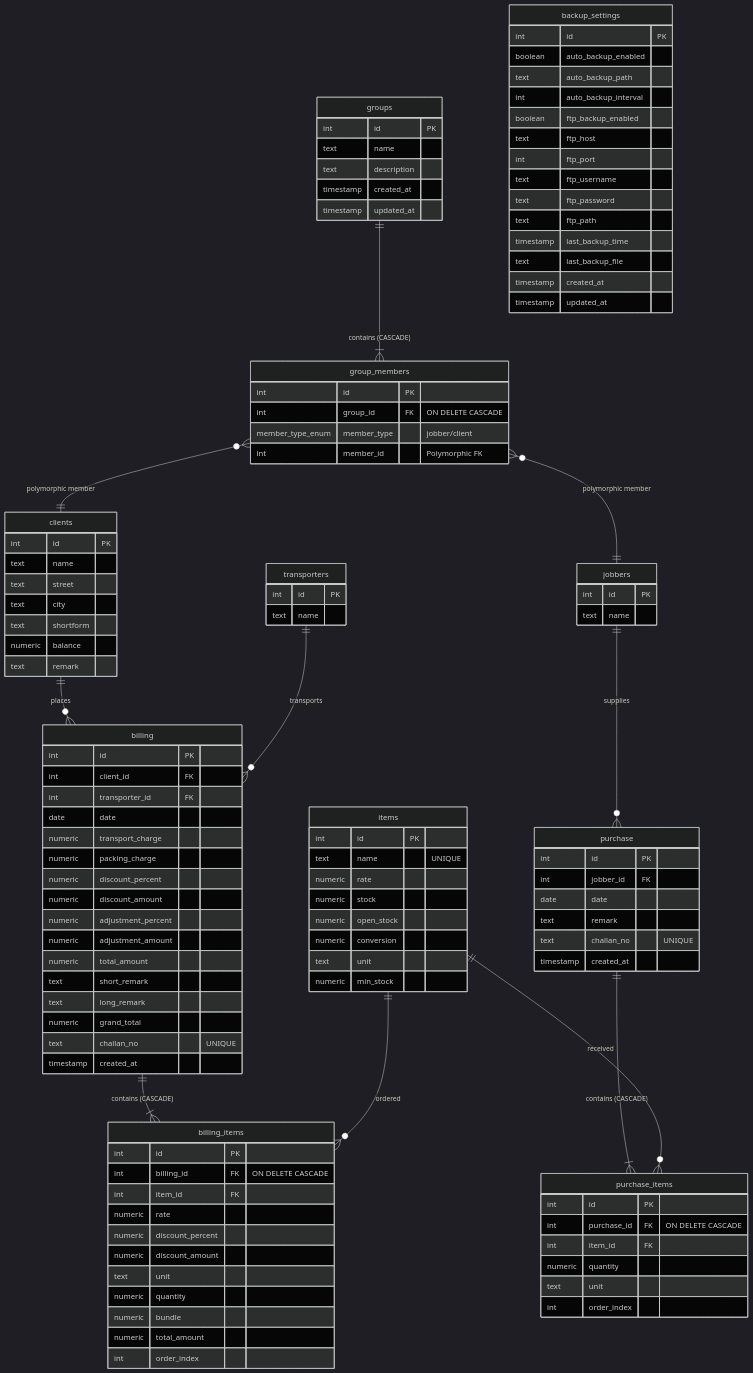
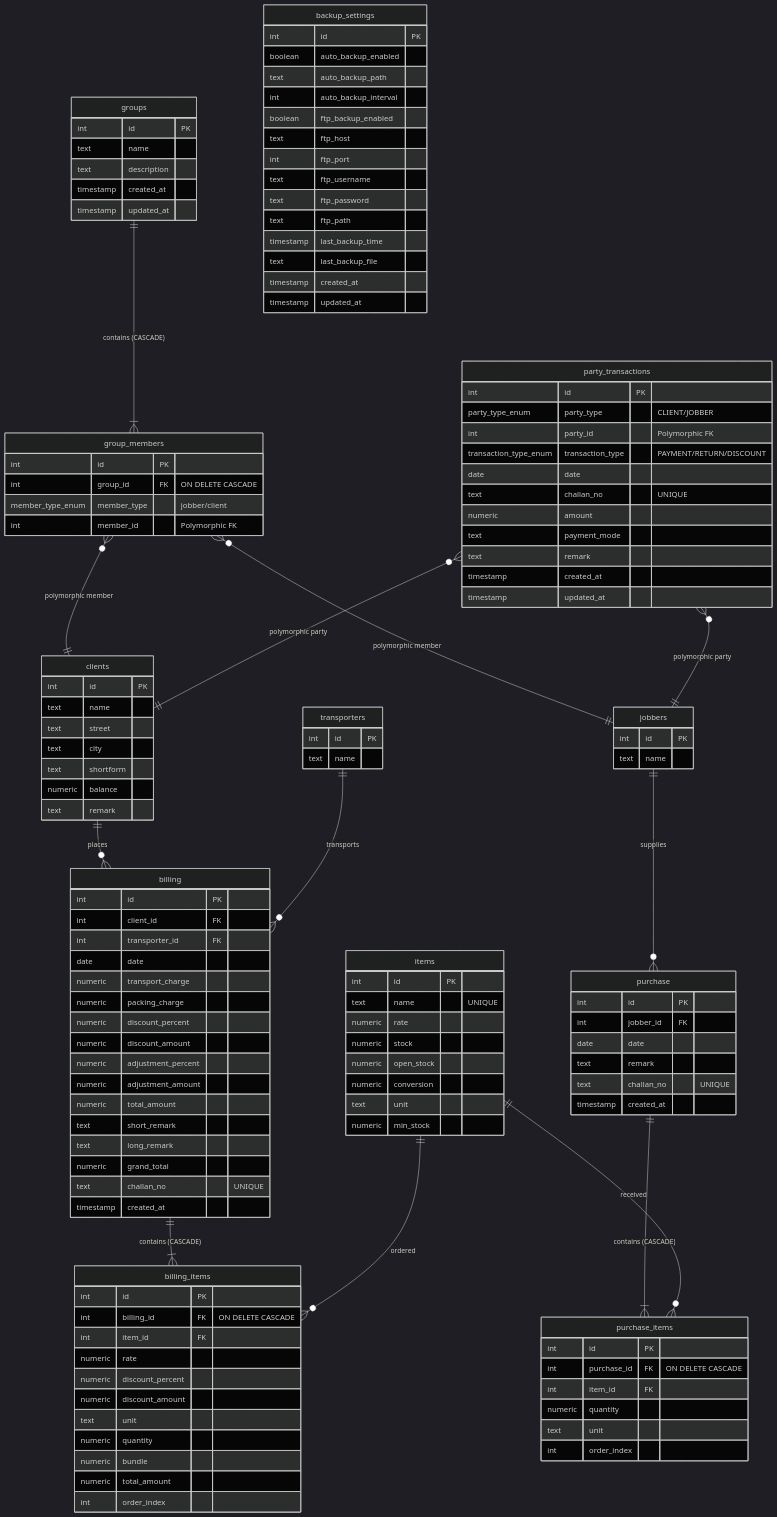
The diagram in DB working.md (Jain-Moksh/HP-Factory-Management-Suite), drawn with Mermaid (dark theme) before and after one commit. The commit also changed other lines of this file and 2 other files, not shown here.

Commit message:
docs: update documentation to reflect bulk payment and party transactions schemas

````diff
--- a/DB working.md
+++ b/DB working.md
@@ -107,6 +107,20 @@
         int member_id "Polymorphic FK"
     }
 
+    party_transactions {
+        int id PK
+        party_type_enum party_type "CLIENT/JOBBER"
+        int party_id "Polymorphic FK"
+        transaction_type_enum transaction_type "PAYMENT/RETURN/DISCOUNT"
+        date date
+        text challan_no "UNIQUE"
+        numeric amount
+        text payment_mode
+        text remark
+        timestamp created_at
+        timestamp updated_at
+    }
+
     backup_settings {
         int id PK
         boolean auto_backup_enabled
@@ -139,4 +153,7 @@
     %% Logical/Polymorphic Relationships
     group_members }o--|| clients : "polymorphic member"
     group_members }o--|| jobbers : "polymorphic member"
+    
+    party_transactions }o--|| clients : "polymorphic party"
+    party_transactions }o--|| jobbers : "polymorphic party"
 ```
````
